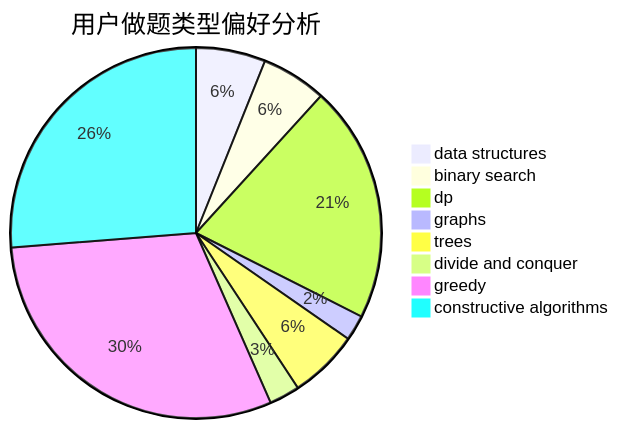
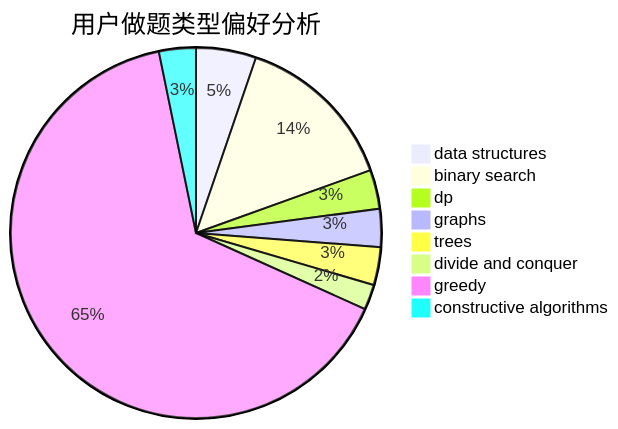
One commit to sherpahu/cfrs.github.io changed the second of 3 diagrams in docs/user/u2119.md. Above: the diagram before and after it, drawn with Mermaid. The commit also changed other lines of this file and 2770 other files, not shown here.

````diff
--- a/docs/user/u2119.md
+++ b/docs/user/u2119.md
@@ -23,11 +23,11 @@
 ```mermaid
 pie title 用户做题类型偏好分析
-    "data structures" :  98
-    "binary search" :  92
-    "dp" :  334
+    "data structures" :  57
+    "binary search" :  155
+    "dp" :  37
     "graphs" :  36
-    "trees" :  98
-    "divide and conquer" :  43
-    "greedy" :  490
-    "constructive algorithms" :  424
+    "trees" :  36
+    "divide and conquer" :  24
+    "greedy" :  707
+    "constructive algorithms" :  35
 ```
````
